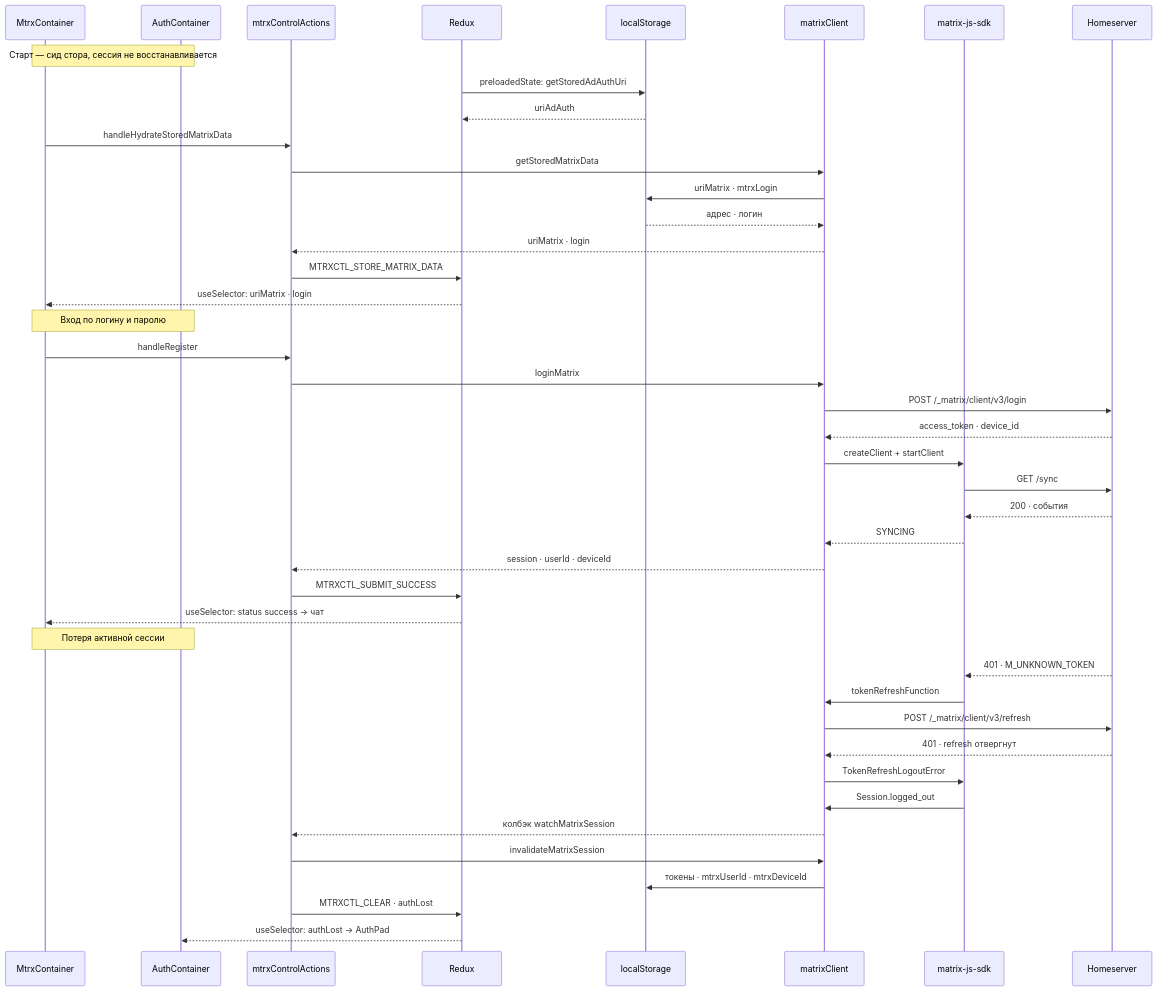
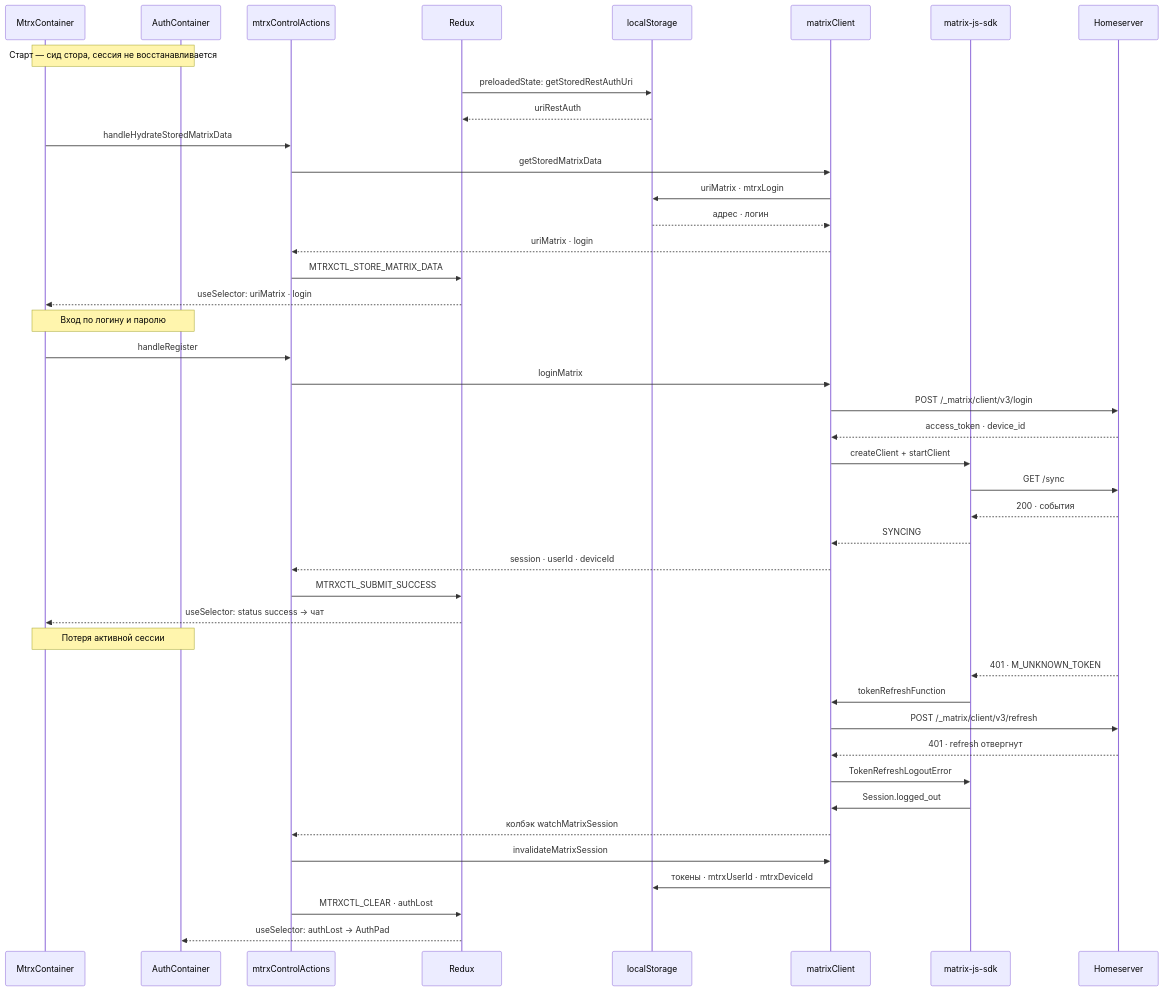
One commit to ars-anosov/matrix-react changed the second of 5 diagrams in docs/STATE.md. Above: the diagram before and after it, drawn with Mermaid. The commit also changed other lines of this file and 30 other files, not shown here.

````diff
--- a/docs/STATE.md
+++ b/docs/STATE.md
@@ -77,45 +77,45 @@
 ```mermaid
 sequenceDiagram
   participant UI as MtrxContainer
   participant Auth as AuthContainer
   participant Act as mtrxControlActions
   participant RX as Redux
   participant LS as localStorage
   participant Cl as matrixClient
   participant SDK as matrix-js-sdk
   participant HS as Homeserver
   Note over UI,Auth: Старт — сид стора, сессия не восстанавливается
-  RX->>LS: preloadedState: getStoredAdAuthUri
-  LS-->>RX: uriAdAuth
+  RX->>LS: preloadedState: getStoredRestAuthUri
+  LS-->>RX: uriRestAuth
   UI->>Act: handleHydrateStoredMatrixData
   Act->>Cl: getStoredMatrixData
   Cl->>LS: uriMatrix · mtrxLogin
   LS-->>Cl: адрес · логин
   Cl-->>Act: uriMatrix · login
   Act->>RX: MTRXCTL_STORE_MATRIX_DATA
   RX-->>UI: useSelector: uriMatrix · login
   Note over UI,Auth: Вход по логину и паролю
   UI->>Act: handleRegister
   Act->>Cl: loginMatrix
   Cl->>HS: POST /_matrix/client/v3/login
   HS-->>Cl: access_token · device_id
   Cl->>SDK: createClient + startClient
   SDK->>HS: GET /sync
   HS-->>SDK: 200 · события
   SDK-->>Cl: SYNCING
   Cl-->>Act: session · userId · deviceId
   Act->>RX: MTRXCTL_SUBMIT_SUCCESS
   RX-->>UI: useSelector: status success → чат
   Note over UI,Auth: Потеря активной сессии
   HS-->>SDK: 401 · M_UNKNOWN_TOKEN
   SDK->>Cl: tokenRefreshFunction
   Cl->>HS: POST /_matrix/client/v3/refresh
   HS-->>Cl: 401 · refresh отвергнут
   Cl->>SDK: TokenRefreshLogoutError
   SDK->>Cl: Session.logged_out
   Cl-->>Act: колбэк watchMatrixSession
   Act->>Cl: invalidateMatrixSession
   Cl->>LS: токены · mtrxUserId · mtrxDeviceId
   Act->>RX: MTRXCTL_CLEAR · authLost
   RX-->>Auth: useSelector: authLost → AuthPad
 ```
````
